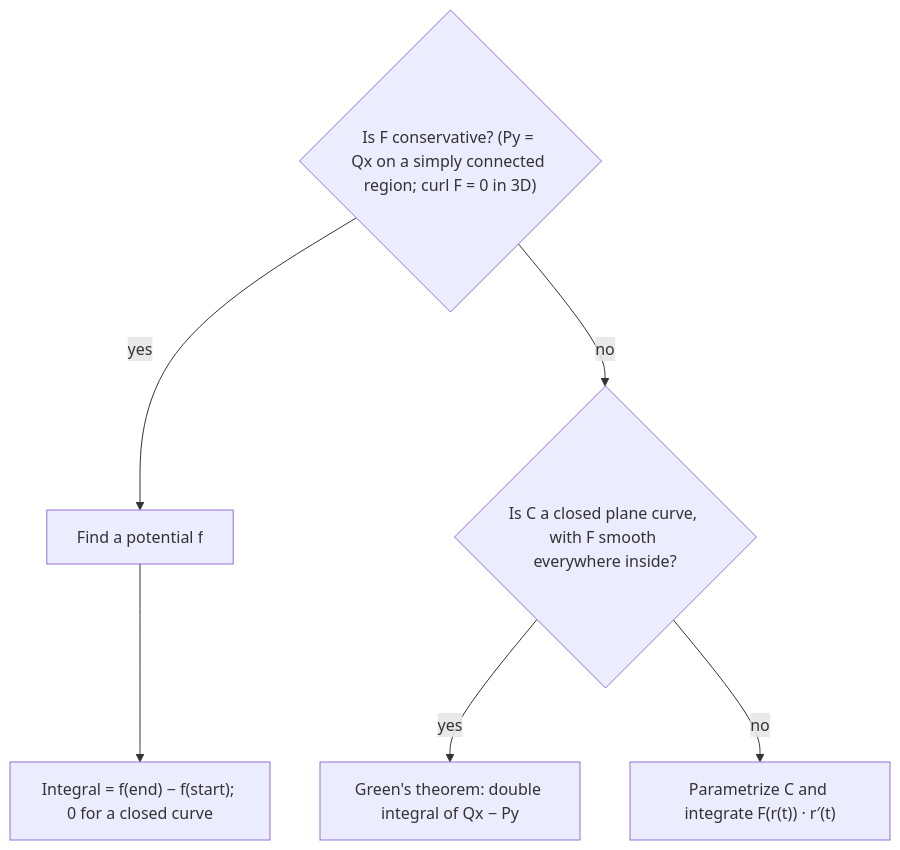
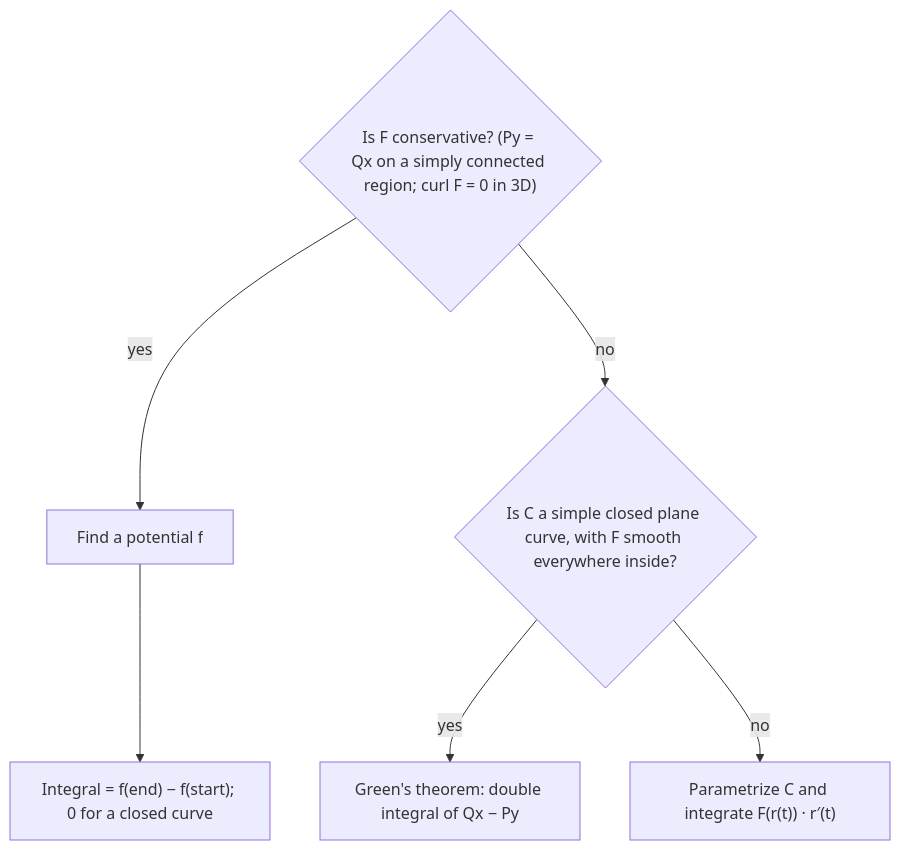
The second of 2 diagrams in content/math/multivariable/lessons/31-conservative.md (Aziliz/erudior), drawn with Mermaid before and after one commit. The commit also changed 6 other files, not shown here.

````diff
--- a/content/math/multivariable/lessons/31-conservative.md
+++ b/content/math/multivariable/lessons/31-conservative.md
@@ -139,11 +139,11 @@
 ```mermaid
 flowchart TD
   accTitle: Choosing a method for a vector line integral
-  accDescr: First test whether F is conservative, with P sub y equal to Q sub x on a simply connected region, or curl F equal to zero in space. If it is, find a potential f; the integral is f at the end minus f at the start, which is zero for a closed curve. If it is not conservative, ask whether C is a closed curve in the plane with F smooth, that is with continuous partial derivatives, everywhere inside. If so, use Green's theorem, the double integral of Q sub x minus P sub y. Otherwise, parametrize C and integrate F of r of t dotted with r prime of t.
+  accDescr: First test whether F is conservative, with P sub y equal to Q sub x on a simply connected region, or curl F equal to zero in space. If it is, find a potential f; the integral is f at the end minus f at the start, which is zero for a closed curve. If it is not conservative, ask whether C is a simple closed curve in the plane with F smooth, that is with continuous partial derivatives, everywhere inside. If so, use Green's theorem, the double integral of Q sub x minus P sub y. Otherwise, parametrize C and integrate F of r of t dotted with r prime of t.
   T{"Is F conservative? (Py = Qx on a simply connected region; curl F = 0 in 3D)"}
   T -- yes --> Pot["Find a potential f"]
   Pot --> FT["Integral = f(end) − f(start); 0 for a closed curve"]
-  T -- no --> Cl{"Is C a closed plane curve, with F smooth everywhere inside?"}
+  T -- no --> Cl{"Is C a simple closed plane curve, with F smooth everywhere inside?"}
   Cl -- yes --> Gr["Green's theorem: double integral of Qx − Py"]
   Cl -- no --> Par["Parametrize C and integrate F(r(t)) · r′(t)"]
 ```
````
